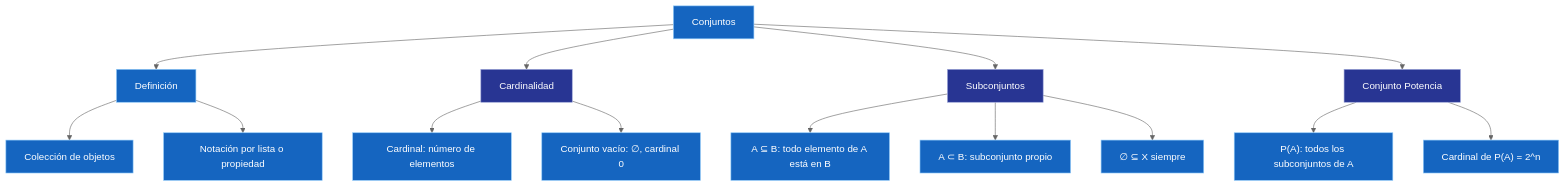
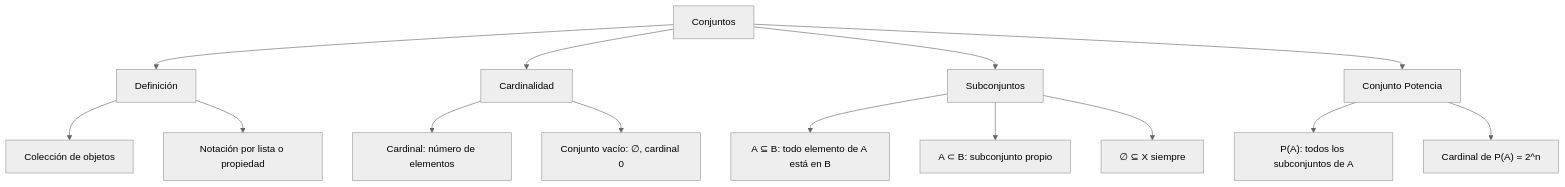
The diagram in src/site/notes/Universidad/3er Semestre/Matemáticas Discretas/Unidad 1 - Logica y Conjuntos/IV - Teoría de Conjuntos/01 - Conjuntos, Cardinalidad y Subconjuntos.md (Fsteven22/Notas-ESPOL), drawn with Mermaid (neutral theme) before and after one commit. The commit also changed other lines of this file and 179 other files, not shown here.

````diff
--- a/src/site/notes/Universidad/3er Semestre/Matemáticas Discretas/Unidad 1 - Logica y Conjuntos/IV - Teoría de Conjuntos/01 - Conjuntos, Cardinalidad y Subconjuntos.md
+++ b/src/site/notes/Universidad/3er Semestre/Matemáticas Discretas/Unidad 1 - Logica y Conjuntos/IV - Teoría de Conjuntos/01 - Conjuntos, Cardinalidad y Subconjuntos.md
@@ -230,35 +222,21 @@
 ```mermaid
 graph TD
     A[Conjuntos] --> B[Definición]
     A --> C[Cardinalidad]
     A --> D[Subconjuntos]
     A --> E[Conjunto Potencia]
 
     B --> B1[Colección de objetos]
     B --> B2[Notación por lista o propiedad]
 
     C --> C1["Cardinal: número de elementos"]
     C --> C2["Conjunto vacío: ∅, cardinal 0"]
 
     D --> D1["A ⊆ B: todo elemento de A está en B"]
     D --> D2["A ⊂ B: subconjunto propio"]
     D --> D3["∅ ⊆ X siempre"]
 
     E --> E1["P(A): todos los subconjuntos de A"]
     E --> E2["Cardinal de P(A) = 2^n"]
-    style A fill:#1565C0,color:#FFFFFF,stroke:#90CAF9,stroke-width:1px
-    style B fill:#1565C0,color:#FFFFFF,stroke:#90CAF9,stroke-width:1px
-    style B1 fill:#1565C0,color:#FFFFFF,stroke:#90CAF9,stroke-width:1px
-    style B2 fill:#1565C0,color:#FFFFFF,stroke:#90CAF9,stroke-width:1px
-    style C fill:#283593,color:#FFFFFF,stroke:#9FA8DA,stroke-width:1px
-    style C1 fill:#1565C0,color:#FFFFFF,stroke:#90CAF9,stroke-width:1px
-    style C2 fill:#1565C0,color:#FFFFFF,stroke:#90CAF9,stroke-width:1px
-    style D fill:#283593,color:#FFFFFF,stroke:#9FA8DA,stroke-width:1px
-    style D1 fill:#1565C0,color:#FFFFFF,stroke:#90CAF9,stroke-width:1px
-    style D2 fill:#1565C0,color:#FFFFFF,stroke:#90CAF9,stroke-width:1px
-    style D3 fill:#1565C0,color:#FFFFFF,stroke:#90CAF9,stroke-width:1px
-    style E fill:#283593,color:#FFFFFF,stroke:#9FA8DA,stroke-width:1px
-    style E1 fill:#1565C0,color:#FFFFFF,stroke:#90CAF9,stroke-width:1px
-    style E2 fill:#1565C0,color:#FFFFFF,stroke:#90CAF9,stroke-width:1px
 
 ```
````
